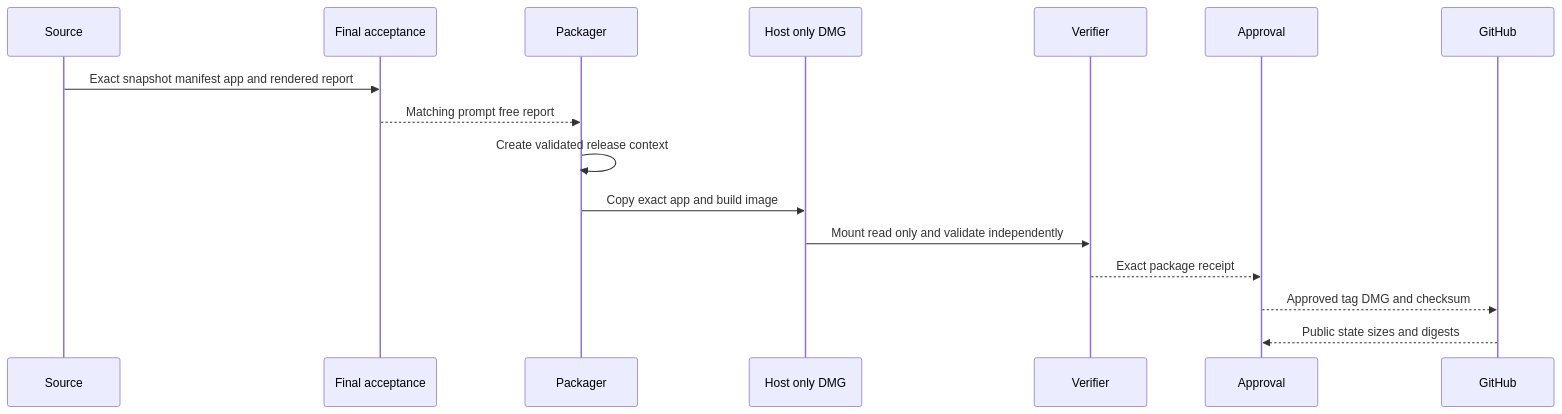
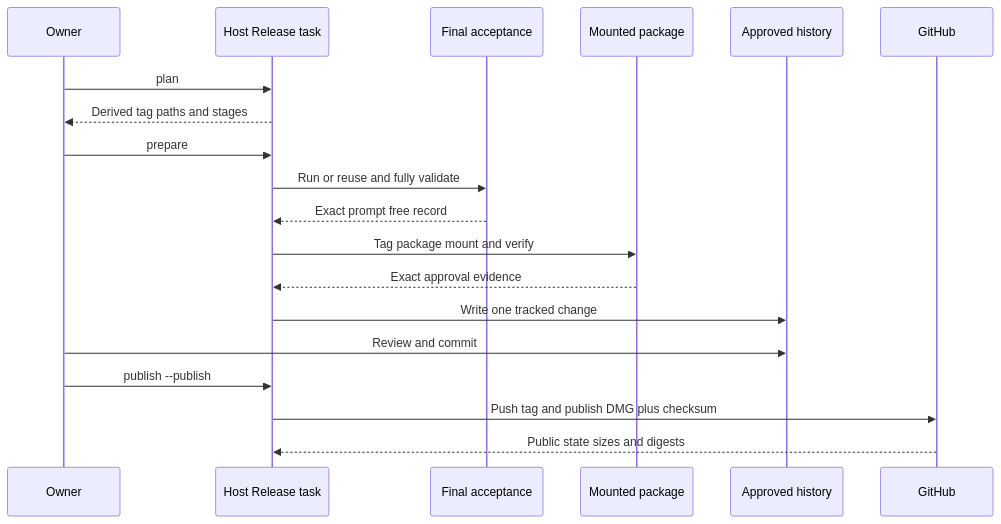
One commit to alexwck/dbcode-wrapper changed the diagram in wiki/flows/package-and-publish-host-release.md. Above: the diagram before and after it, drawn with Mermaid. The commit also changed other lines of this file and 15 other files, not shown here.

````diff
--- a/wiki/flows/package-and-publish-host-release.md
+++ b/wiki/flows/package-and-publish-host-release.md
@@ -24,18 +24,21 @@
 ```mermaid
 sequenceDiagram
-  participant Source
+  participant Owner
+  participant Task as Host Release task
   participant Accept as Final acceptance
-  participant Packager
-  participant Image as Host only DMG
-  participant Verifier
-  participant Approval
+  participant Package as Mounted package
+  participant History as Approved history
   participant GitHub
-  Source->>Accept: Exact snapshot manifest app and rendered report
-  Accept-->>Packager: Matching prompt free report
-  Packager->>Packager: Create validated release context
-  Packager->>Image: Copy exact app and build image
-  Image->>Verifier: Mount read only and validate independently
-  Verifier-->>Approval: Exact package receipt
-  Approval-->>GitHub: Approved tag DMG and checksum
-  GitHub-->>Approval: Public state sizes and digests
+  Owner->>Task: plan
+  Task-->>Owner: Derived tag paths and stages
+  Owner->>Task: prepare
+  Task->>Accept: Run or reuse and fully validate
+  Accept-->>Task: Exact prompt free record
+  Task->>Package: Tag package mount and verify
+  Package-->>Task: Exact approval evidence
+  Task->>History: Write one tracked change
+  Owner->>History: Review and commit
+  Owner->>Task: publish --publish
+  Task->>GitHub: Push tag and publish DMG plus checksum
+  GitHub-->>Task: Public state sizes and digests
 ```
````
